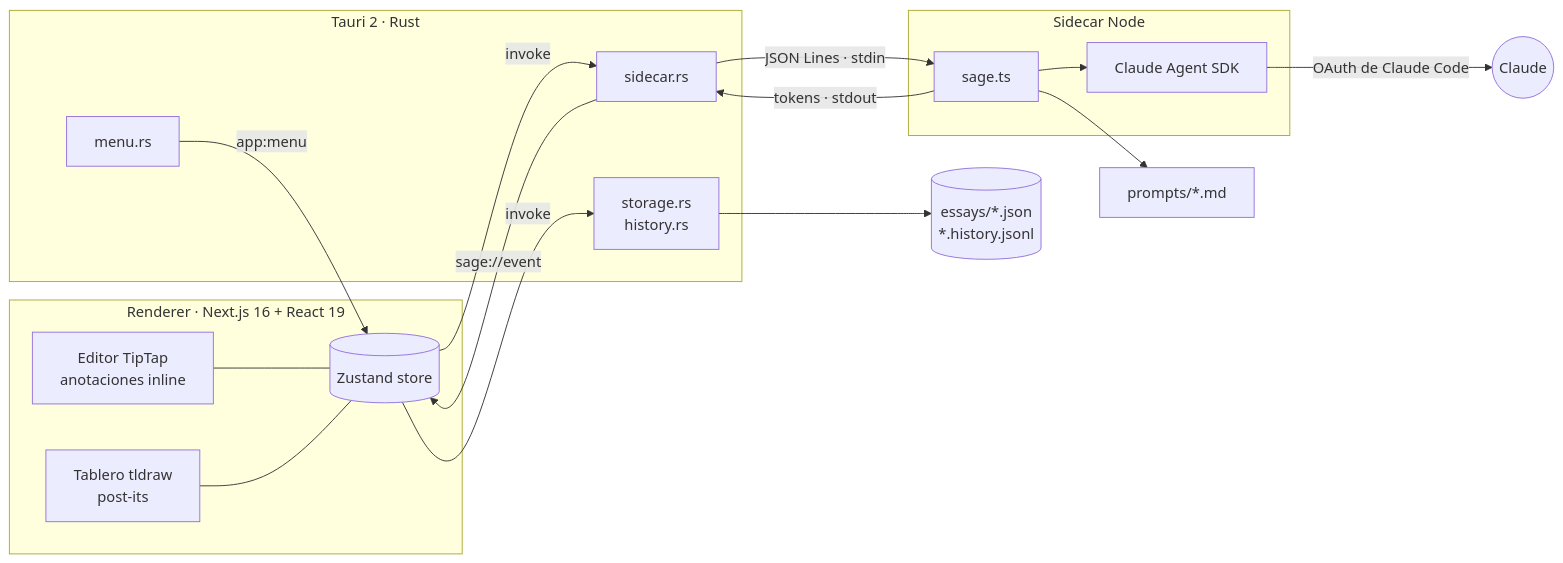
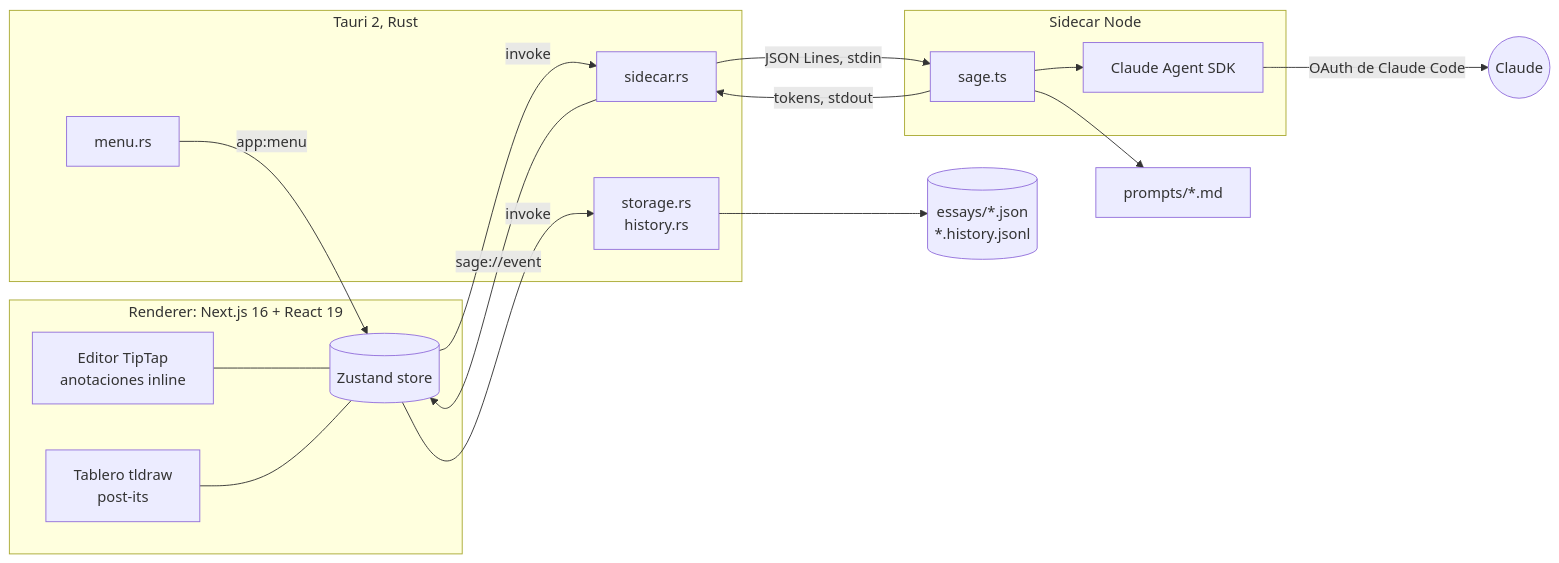
The diagram in README.md (NoeOsorio/essay-studio), drawn with Mermaid before and after one commit. The commit also changed other lines of this file and 192 other files, not shown here.

````diff
--- a/README.md
+++ b/README.md
@@ -219,27 +221,27 @@
 ```mermaid
 flowchart LR
-    subgraph UI["Renderer · Next.js 16 + React 19"]
+    subgraph UI["Renderer: Next.js 16 + React 19"]
         ED[Editor TipTap<br/>anotaciones inline]
         BO[Tablero tldraw<br/>post-its]
         ST[(Zustand store)]
     end
-    subgraph RS["Tauri 2 · Rust"]
+    subgraph RS["Tauri 2, Rust"]
         STO[storage.rs<br/>history.rs]
         SC[sidecar.rs]
         MN[menu.rs]
     end
     subgraph NODE["Sidecar Node"]
         SG[sage.ts]
         SDK[Claude Agent SDK]
     end
     ED & BO --- ST
     ST -- invoke --> STO
     ST -- invoke --> SC
     MN -- "app:menu" --> ST
     STO --> FS[("essays/*.json<br/>*.history.jsonl")]
-    SC -- "JSON Lines · stdin" --> SG
-    SG -- "tokens · stdout" --> SC
+    SC -- "JSON Lines, stdin" --> SG
+    SG -- "tokens, stdout" --> SC
     SC -- "sage://event" --> ST
     SG --> P["prompts/*.md"]
     SG --> SDK -- "OAuth de Claude Code" --> CL((Claude))
 ```
````
